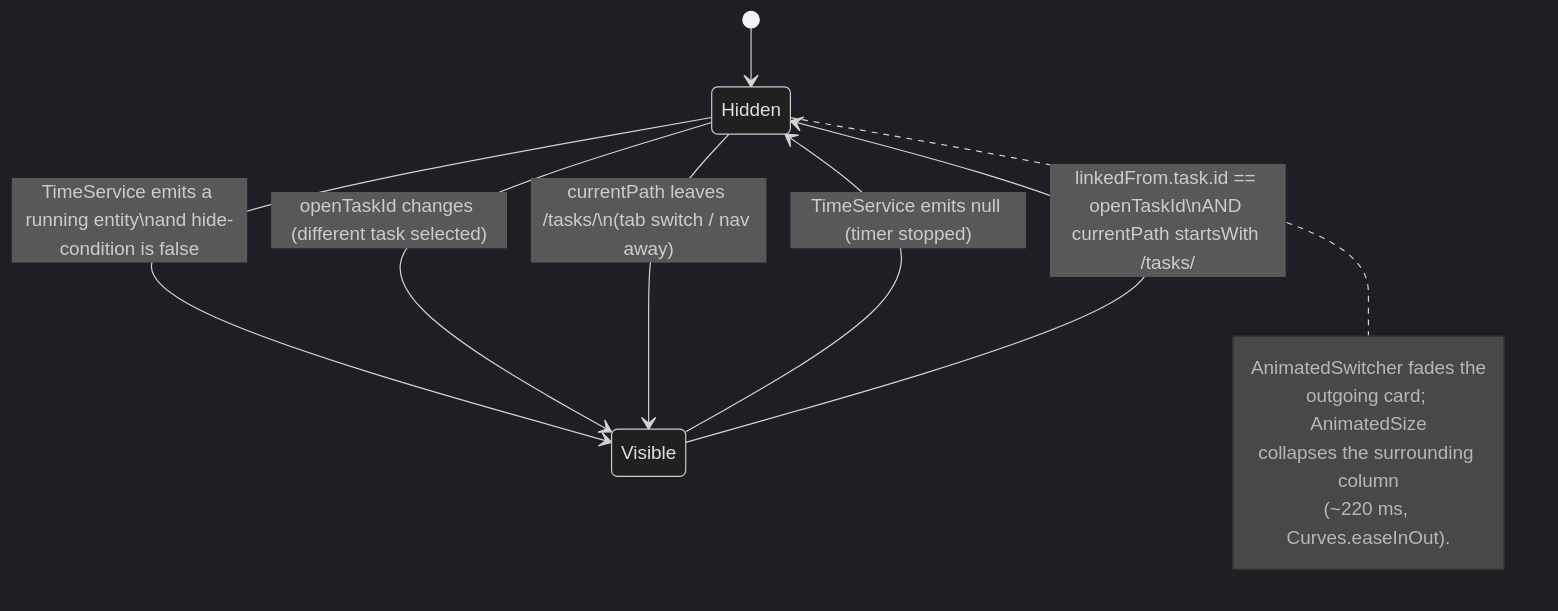
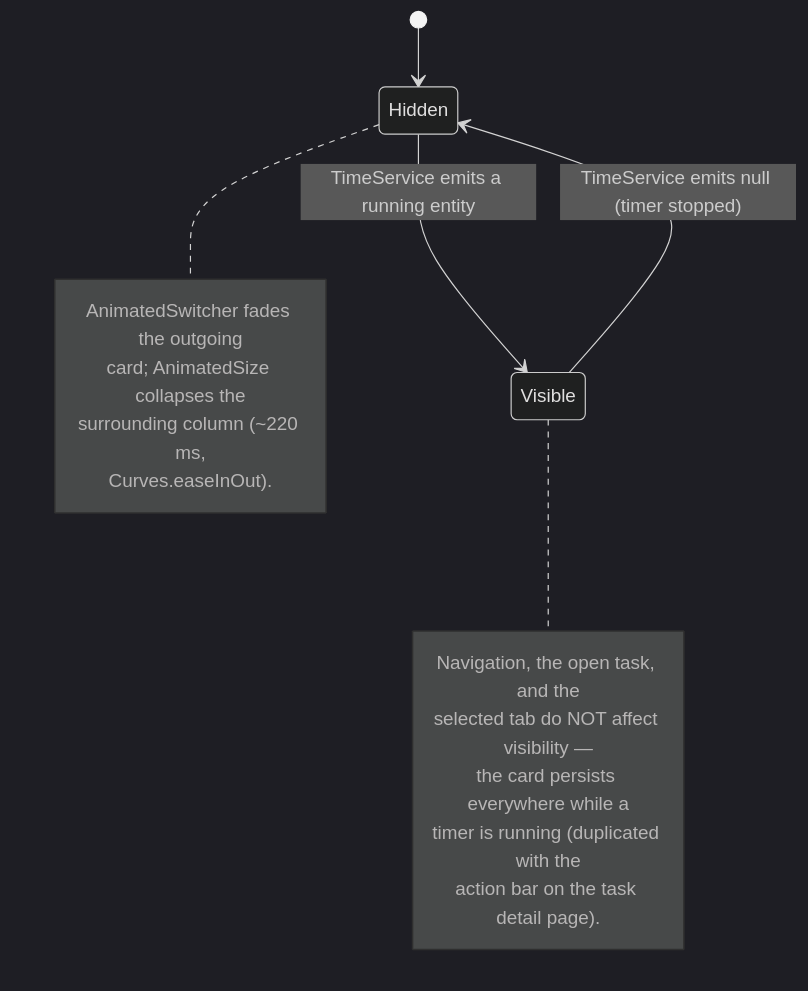
Before and after one commit to matthiasn/lotti: the fifth of 13 diagrams in lib/features/tasks/README.md, drawn with Mermaid (dark theme). The commit also changed other lines of this file and 7 other files, not shown here.

Commit message:
feat: simplify running timer indicator visibility logic

````diff
--- a/lib/features/tasks/README.md
+++ b/lib/features/tasks/README.md
@@ -266,15 +260,19 @@
 ```mermaid
 stateDiagram-v2
     [*] --> Hidden
-    Hidden --> Visible: TimeService emits a running entity\nand hide-condition is false
+    Hidden --> Visible: TimeService emits a running entity
     Visible --> Hidden: TimeService emits null (timer stopped)
-    Visible --> Hidden: linkedFrom.task.id == openTaskId\nAND currentPath startsWith /tasks/
-    Hidden --> Visible: openTaskId changes (different task selected)
-    Hidden --> Visible: currentPath leaves /tasks/<uuid>\n(tab switch / nav away)
+    note right of Visible
+      Navigation, the open task, and the
+      selected tab do NOT affect visibility —
+      the card persists everywhere while a
+      timer is running (duplicated with the
+      action bar on the task detail page).
+    end note
     note right of Hidden
-      AnimatedSwitcher fades the
-      outgoing card; AnimatedSize
-      collapses the surrounding column
-      (~220 ms, Curves.easeInOut).
+      AnimatedSwitcher fades the outgoing
+      card; AnimatedSize collapses the
+      surrounding column (~220 ms,
+      Curves.easeInOut).
     end note
 ```
````
